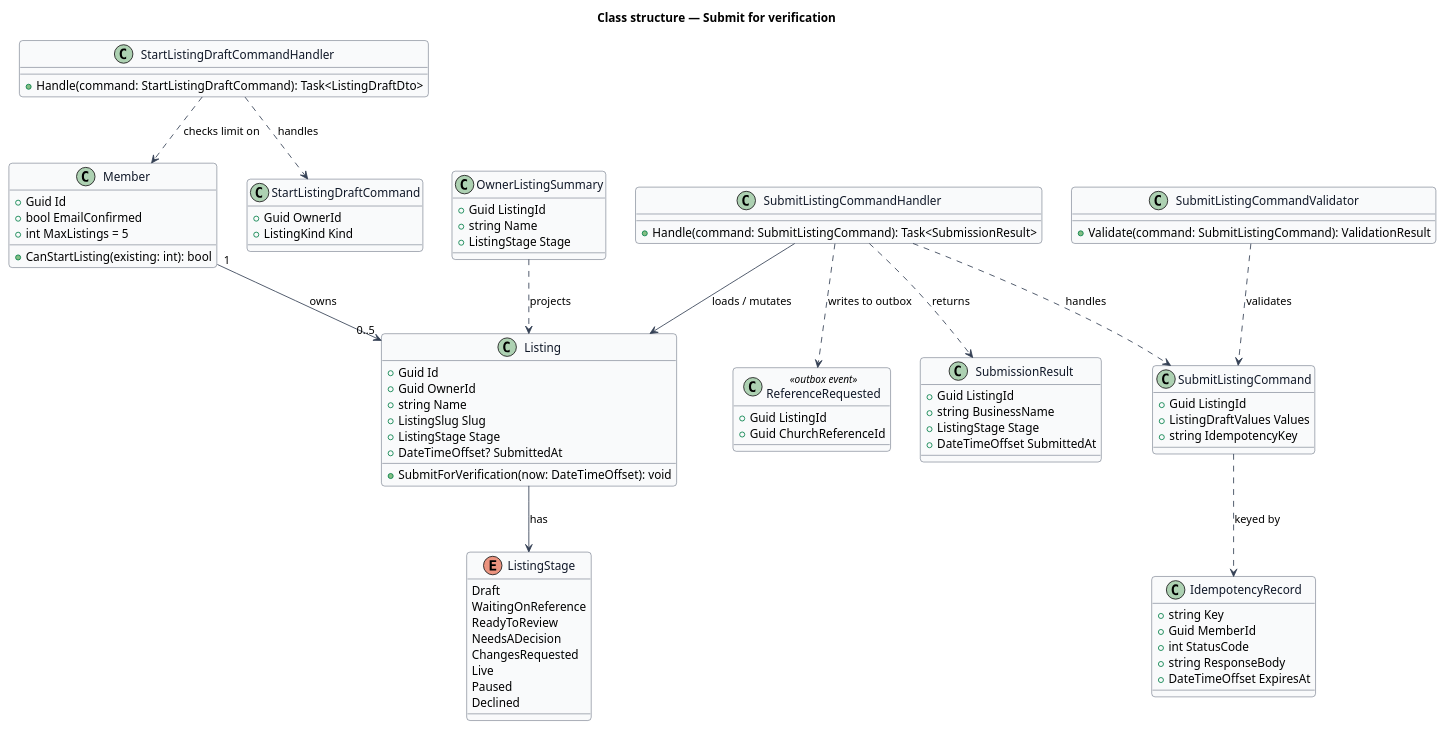
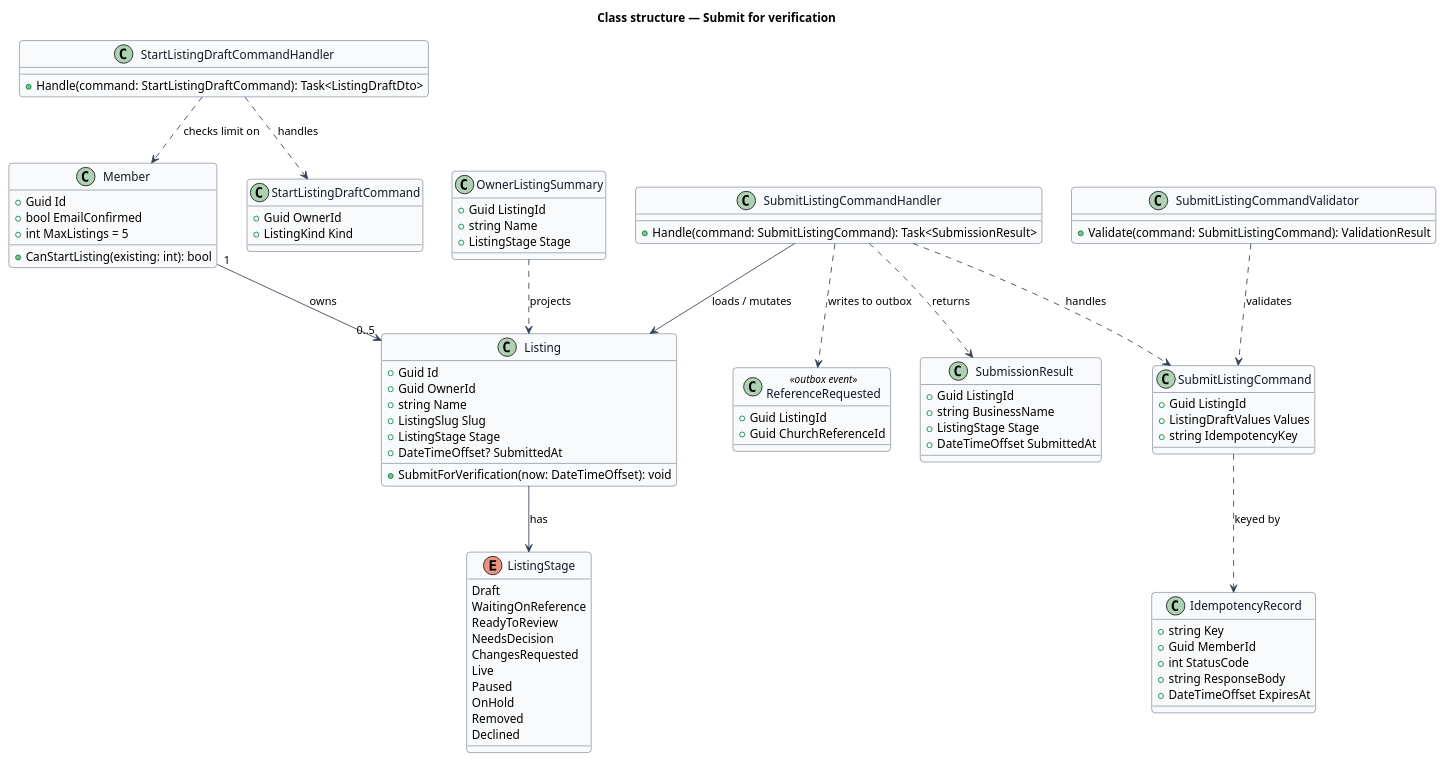
One commit to QuinntyneBrown/jubilee changed the diagram in docs/detailed-designs/onboarding/submit-for-verification/diagrams/class-structure.puml. Above: the diagram before and after it, drawn with PlantUML. The commit also changed 56 other files, not shown here.

```diff
--- a/docs/detailed-designs/onboarding/submit-for-verification/diagrams/class-structure.puml
+++ b/docs/detailed-designs/onboarding/submit-for-verification/diagrams/class-structure.puml
@@ -1,104 +1,106 @@
 @startuml
 ' --- shared skin header ---
 skinparam backgroundColor #FFFFFF
 skinparam shadowing false
 skinparam roundcorner 8
 skinparam defaultFontName Arial
 skinparam ArrowColor #344054
 skinparam class {
   BorderColor #344054
   FontColor #101828
   BackgroundColor #F9FAFB
 }
 ' --------------------------
 title Class structure — Submit for verification
 
 enum ListingStage {
   Draft
   WaitingOnReference
   ReadyToReview
-  NeedsADecision
+  NeedsDecision
   ChangesRequested
   Live
   Paused
+  OnHold
+  Removed
   Declined
 }
 
 class Listing {
   +Guid Id
   +Guid OwnerId
   +string Name
   +ListingSlug Slug
   +ListingStage Stage
   +DateTimeOffset? SubmittedAt
   +SubmitForVerification(now: DateTimeOffset): void
 }
 
 class Member {
   +Guid Id
   +bool EmailConfirmed
   +int MaxListings = 5
   +CanStartListing(existing: int): bool
 }
 
 class SubmitListingCommand {
   +Guid ListingId
   +ListingDraftValues Values
   +string IdempotencyKey
 }
 
 class SubmitListingCommandValidator {
   +Validate(command: SubmitListingCommand): ValidationResult
 }
 
 class SubmitListingCommandHandler {
   +Handle(command: SubmitListingCommand): Task<SubmissionResult>
 }
 
 class SubmissionResult {
   +Guid ListingId
   +string BusinessName
   +ListingStage Stage
   +DateTimeOffset SubmittedAt
 }
 
 class StartListingDraftCommand {
   +Guid OwnerId
   +ListingKind Kind
 }
 
 class StartListingDraftCommandHandler {
   +Handle(command: StartListingDraftCommand): Task<ListingDraftDto>
 }
 
 class OwnerListingSummary {
   +Guid ListingId
   +string Name
   +ListingStage Stage
 }
 
 class ReferenceRequested <<outbox event>> {
   +Guid ListingId
   +Guid ChurchReferenceId
 }
 
 class IdempotencyRecord {
   +string Key
   +Guid MemberId
   +int StatusCode
   +string ResponseBody
   +DateTimeOffset ExpiresAt
 }
 
 Member "1" --> "0..5" Listing : owns
 Listing --> ListingStage : has
 SubmitListingCommandHandler ..> SubmitListingCommand : handles
 SubmitListingCommandValidator ..> SubmitListingCommand : validates
 SubmitListingCommandHandler --> Listing : loads / mutates
 SubmitListingCommandHandler ..> ReferenceRequested : writes to outbox
 SubmitListingCommandHandler ..> SubmissionResult : returns
 SubmitListingCommand ..> IdempotencyRecord : keyed by
 StartListingDraftCommandHandler ..> StartListingDraftCommand : handles
 StartListingDraftCommandHandler ..> Member : checks limit on
 OwnerListingSummary ..> Listing : projects
 @enduml
```
